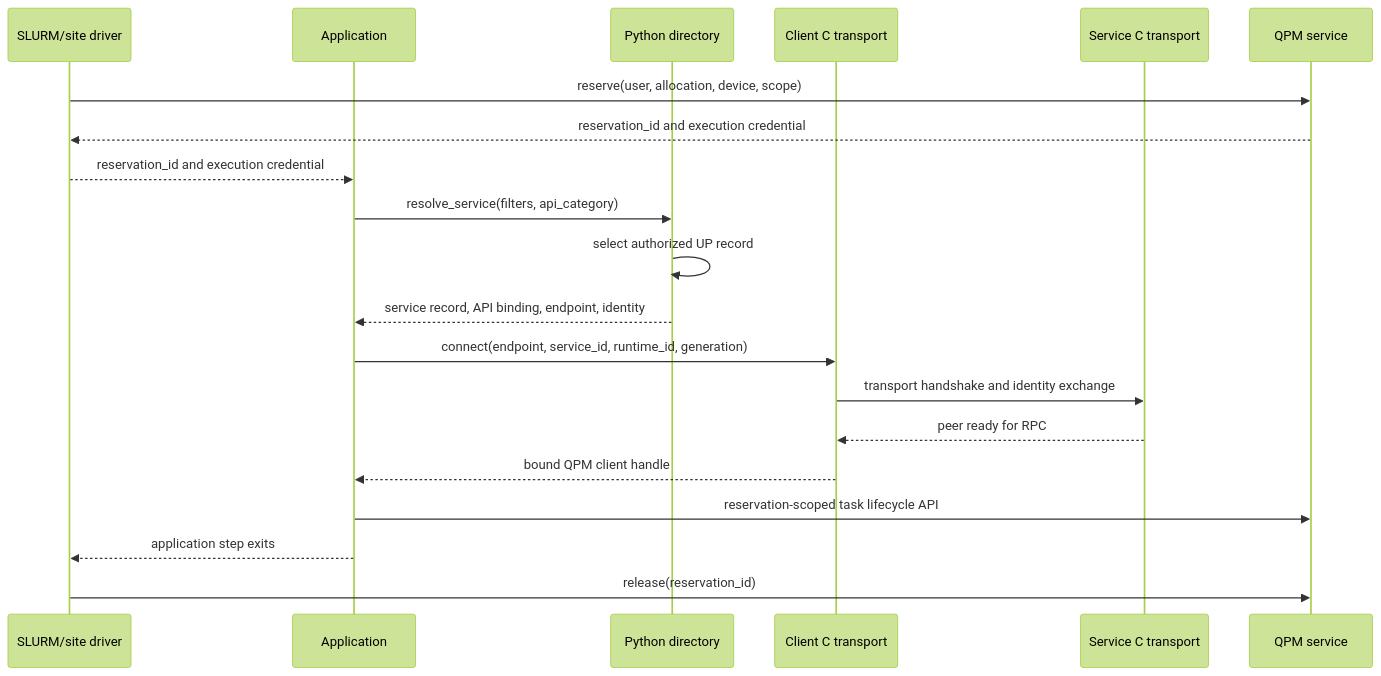
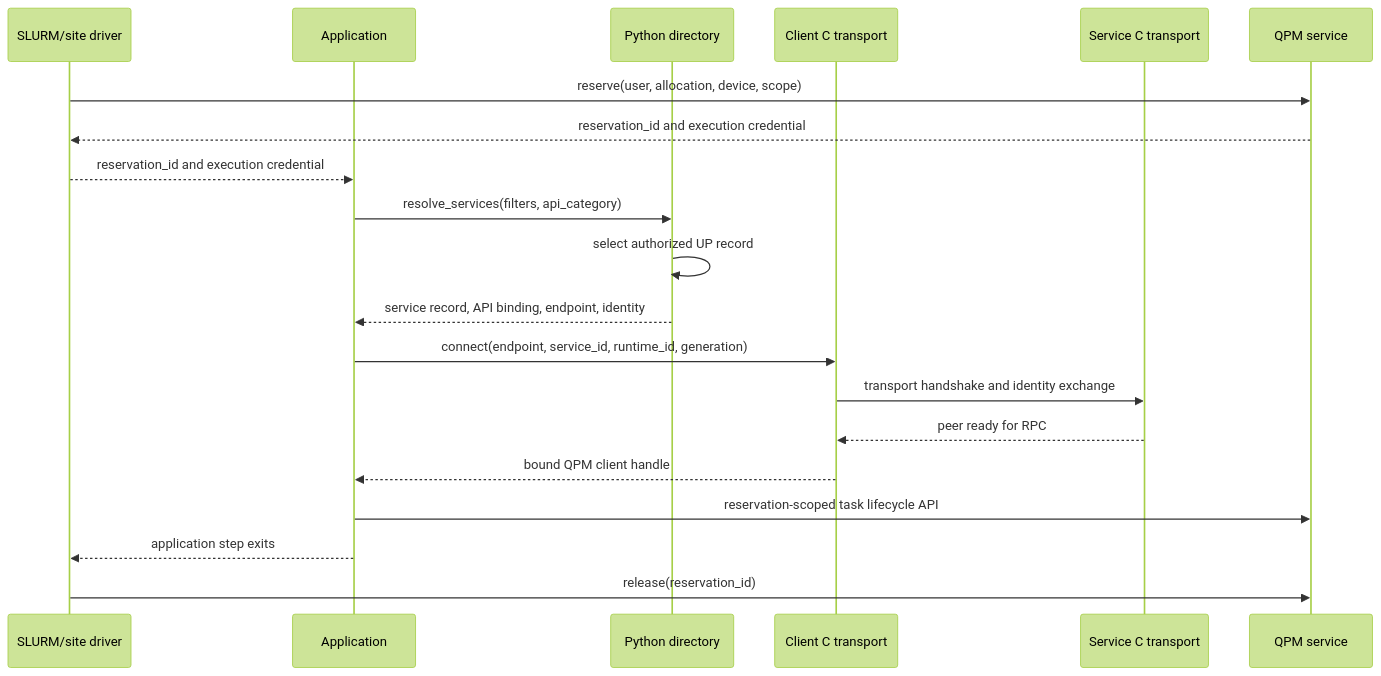
Before and after one commit to openQSE/QFw: the seventh of 10 diagrams in docs/detailed-design.md, drawn with Mermaid (forest theme). The commit also changed other lines of this file and 14 other files, not shown here.

````diff
--- a/docs/detailed-design.md
+++ b/docs/detailed-design.md
@@ -1714,23 +1701,23 @@
 ```mermaid
 sequenceDiagram
     participant Driver as SLURM/site driver
     participant Client as Application
     participant Dir as Python directory
     participant CT as Client C transport
     participant ST as Service C transport
     participant QPM as QPM service
 
     Driver->>QPM: reserve(user, allocation, device, scope)
     QPM-->>Driver: reservation_id and execution credential
     Driver-->>Client: reservation_id and execution credential
-    Client->>Dir: resolve_service(filters, api_category)
+    Client->>Dir: resolve_services(filters, api_category)
     Dir->>Dir: select authorized UP record
     Dir-->>Client: service record, API binding, endpoint, identity
     Client->>CT: connect(endpoint, service_id, runtime_id, generation)
     CT->>ST: transport handshake and identity exchange
     ST-->>CT: peer ready for RPC
     CT-->>Client: bound QPM client handle
     Client->>QPM: reservation-scoped task lifecycle API
     Client-->>Driver: application step exits
     Driver->>QPM: release(reservation_id)
 ```
````
